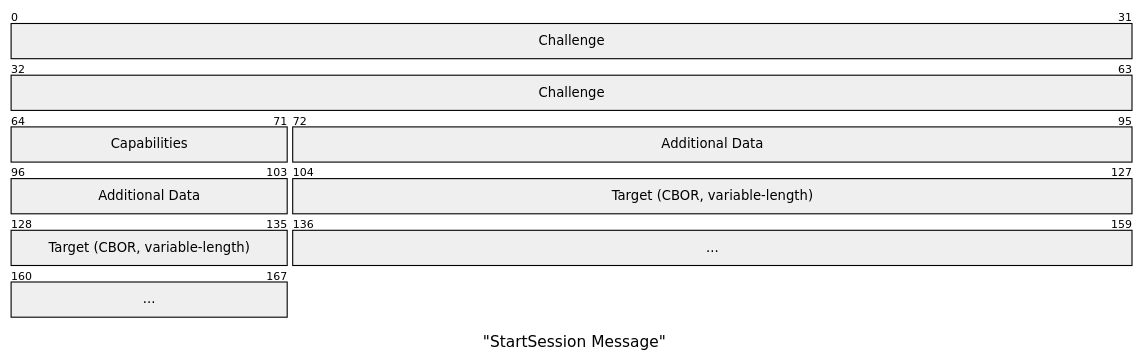
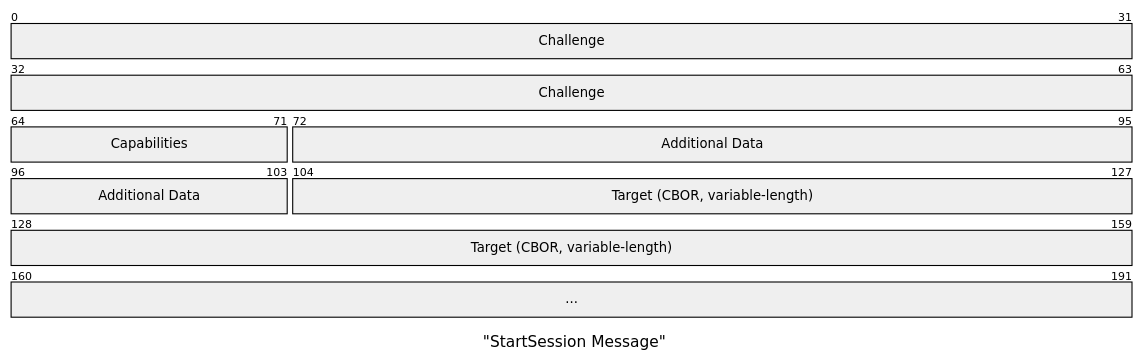
Before and after one commit to hoprnet/rfc: the second of 10 diagrams in rfcs/RFC-0012-session-start-protocol/0012-session-start-protocol.md, drawn with Mermaid. The commit also changed other lines of this file and 1 other file, not shown here.

Commit message:
fix(md): Correct some diagrams

````diff
--- a/rfcs/RFC-0012-session-start-protocol/0012-session-start-protocol.md
+++ b/rfcs/RFC-0012-session-start-protocol/0012-session-start-protocol.md
@@ -107,9 +107,9 @@
 ```mermaid
 packet
 title "StartSession Message"
 +64: "Challenge"
 +8: "Capabilities"
 +32: "Additional Data"
-+32: "Target (CBOR, variable-length)"
++56: "Target (CBOR, variable-length)"
 +32: "..."
 ```
````
